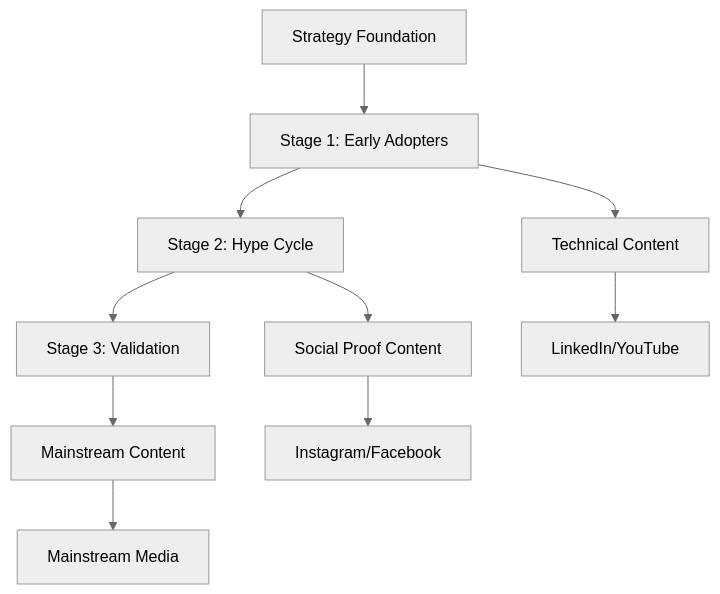
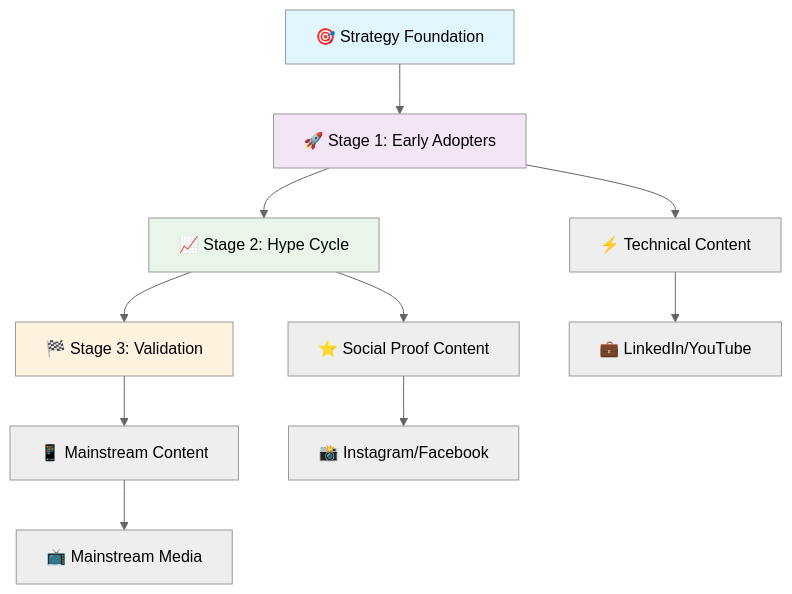
Before and after one commit to Sheshiyer/heyzack-launchboom-wiki-v0.2: the second of 2 diagrams in src/content/docs/index.mdx, drawn with Mermaid (neutral theme). The commit also changed other lines of this file and 41 other files, not shown here.

First line of the commit message:
feat: implement comprehensive content validation system and brand styling

````diff
--- a/src/content/docs/index.mdx
+++ b/src/content/docs/index.mdx
@@ -70,14 +169,19 @@
 ```mermaid
 graph TD
-    A[Strategy Foundation] --> B[Stage 1: Early Adopters]
-    B --> C[Stage 2: Hype Cycle]
-    C --> D[Stage 3: Validation]
+    A[🎯 Strategy Foundation] --> B[🚀 Stage 1: Early Adopters]
+    B --> C[📈 Stage 2: Hype Cycle]
+    C --> D[🏁 Stage 3: Validation]
     
-    B --> E[Technical Content]
-    C --> F[Social Proof Content]
-    D --> G[Mainstream Content]
+    B --> E[⚡ Technical Content]
+    C --> F[⭐ Social Proof Content]
+    D --> G[📱 Mainstream Content]
     
-    E --> H[LinkedIn/YouTube]
-    F --> I[Instagram/Facebook]
-    G --> J[Mainstream Media]
+    E --> H[💼 LinkedIn/YouTube]
+    F --> I[📸 Instagram/Facebook]
+    G --> J[📺 Mainstream Media]
+    
+    style A fill:#e1f5fe
+    style B fill:#f3e5f5
+    style C fill:#e8f5e8
+    style D fill:#fff3e0
 ```
````
